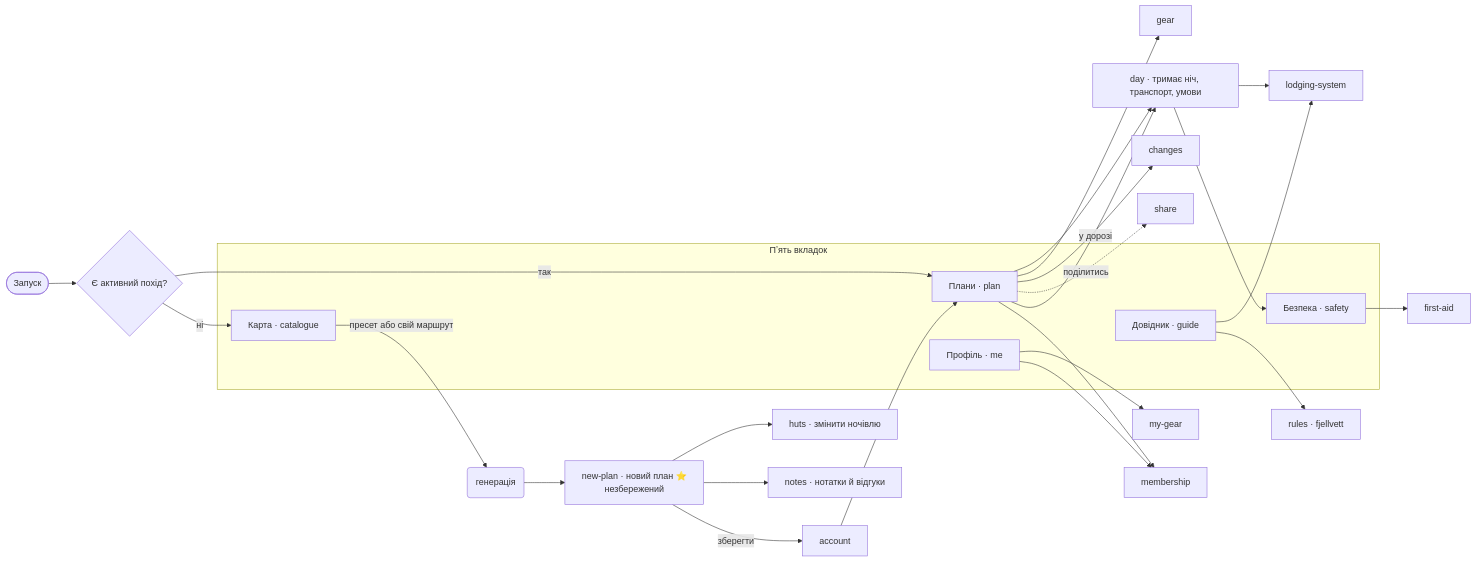
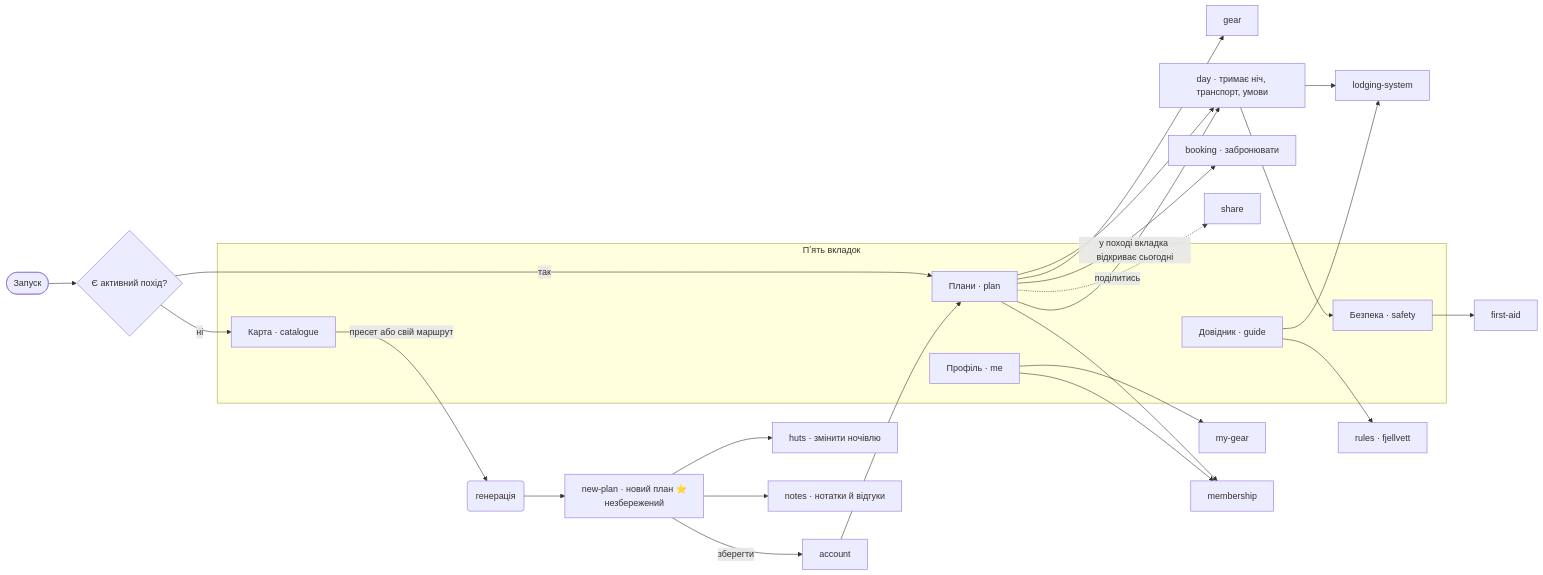
One commit to allaostrovaya/nestwood changed the first of 2 diagrams in wireframes/sitemap.md. Above: the diagram before and after it, drawn with Mermaid. The commit also changed other lines of this file and 119 other files, not shown here.

````diff
--- a/wireframes/sitemap.md
+++ b/wireframes/sitemap.md
@@ -908,35 +894,35 @@
 ```mermaid
 flowchart LR
     START([Запуск]) --> QACT{Є активний похід?}
     QACT -->|так| PLAN
     QACT -->|ні| CAT
 
     subgraph TABS ["Пʼять вкладок"]
         CAT["Карта · catalogue"]
         PLAN["Плани · plan"]
         GUIDE["Довідник · guide"]
         SAFE["Безпека · safety"]
         PROF["Профіль · me"]
     end
 
     CAT -->|пресет або свій маршрут| GEN("генерація")
     GEN --> NEW["new-plan · новий план ⭐<br/>незбережений"]
     NEW --> HUTS["huts · змінити ночівлю"]
     NEW --> NOTES["notes · нотатки й відгуки"]
     NEW -->|зберегти| ACC["account"]
     ACC --> PLAN
     PLAN --> DAY["day · тримає ніч, транспорт, умови"]
     PLAN --> GEAR["gear"]
-    PLAN --> CH["changes"]
+    PLAN --> BK["booking · забронювати"]
     PLAN -.поділитись.-> SH["share"]
     DAY --> LS["lodging-system"]
-    PLAN -->|у дорозі| DAY
+    PLAN -->|у поході вкладка відкриває сьогодні| DAY
     DAY --> SAFE
 
     GUIDE --> LS
     GUIDE --> RULES["rules · fjellvett"]
     SAFE --> FA["first-aid"]
     PROF --> MG["my-gear"]
     PROF --> MEM["membership"]
     PLAN --> MEM
 ```
````
